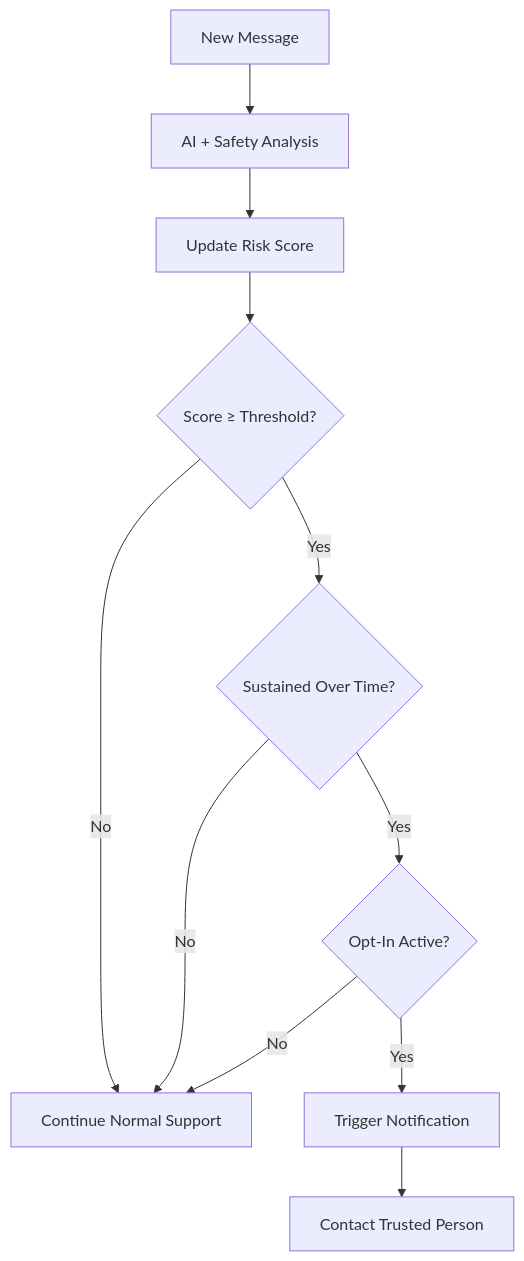
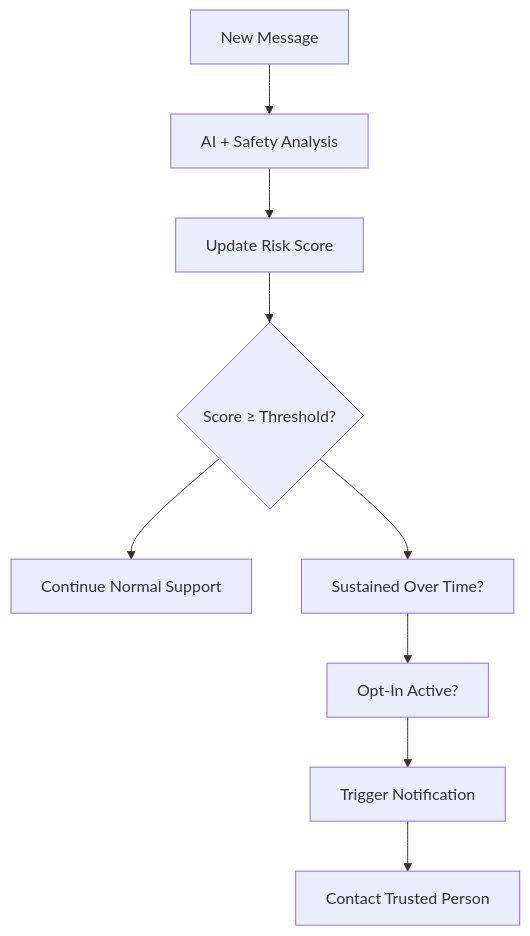
One commit to axv-crew/axv-digital-safety-net changed the third of 3 diagrams in docs/architecture.md. Above: the diagram before and after it, drawn with Mermaid. The commit also changed other lines of this file, not shown here.

First line of the commit message:
Revise architecture overview and clarify edge labels

````diff
--- a/docs/architecture.md
+++ b/docs/architecture.md
@@ -84,13 +84,11 @@
 ```mermaid
 flowchart TD
     A[New Message] --> B[AI + Safety Analysis]
     B --> C[Update Risk Score]
     C --> D{Score ≥ Threshold?}
-    D -->|No| E[Continue Normal Support]
-    D -->|Yes| F{Sustained Over Time?}
-    F -->|No| E
-    F -->|Yes| G{Opt-In Active?}
-    G -->|No| E
-    G -->|Yes| H[Trigger Notification]
+    D --> E[Continue Normal Support]
+    D --> F[Sustained Over Time?]
+    F --> G[Opt-In Active?]
+    G --> H[Trigger Notification]
     H --> I[Contact Trusted Person]
 ```
````
